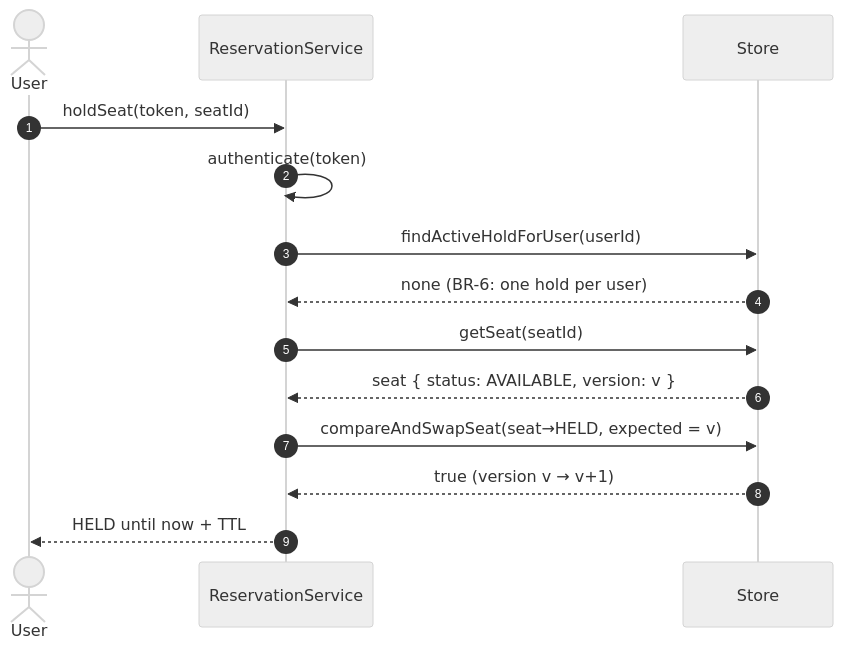
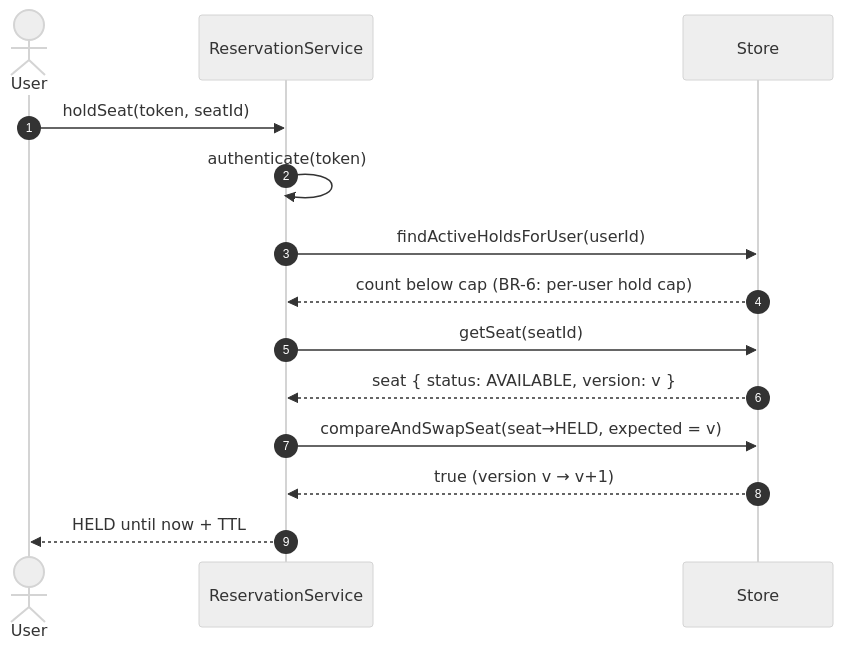
One commit to anhtuank7c/seat-reservation changed the third of 9 diagrams in docs/Sequence-Diagrams.md. Above: the diagram before and after it, drawn with Mermaid (neutral theme). The commit also changed other lines of this file and 8 other files, not shown here.

First line of the commit message:
feat: replace one-seat-per-user rule with configurable per-user hold cap

````diff
--- a/docs/Sequence-Diagrams.md
+++ b/docs/Sequence-Diagrams.md
@@ -72,17 +72,17 @@
 ```mermaid
 sequenceDiagram
     autonumber
     actor U as User
     participant R as ReservationService
     participant DB as Store
 
     U->>R: holdSeat(token, seatId)
     R->>R: authenticate(token)
-    R->>DB: findActiveHoldForUser(userId)
-    DB-->>R: none (BR-6: one hold per user)
+    R->>DB: findActiveHoldsForUser(userId)
+    DB-->>R: count below cap (BR-6: per-user hold cap)
     R->>DB: getSeat(seatId)
     DB-->>R: seat { status: AVAILABLE, version: v }
     R->>DB: compareAndSwapSeat(seat→HELD, expected = v)
     DB-->>R: true (version v → v+1)
     R-->>U: HELD until now + TTL
 ```
````
